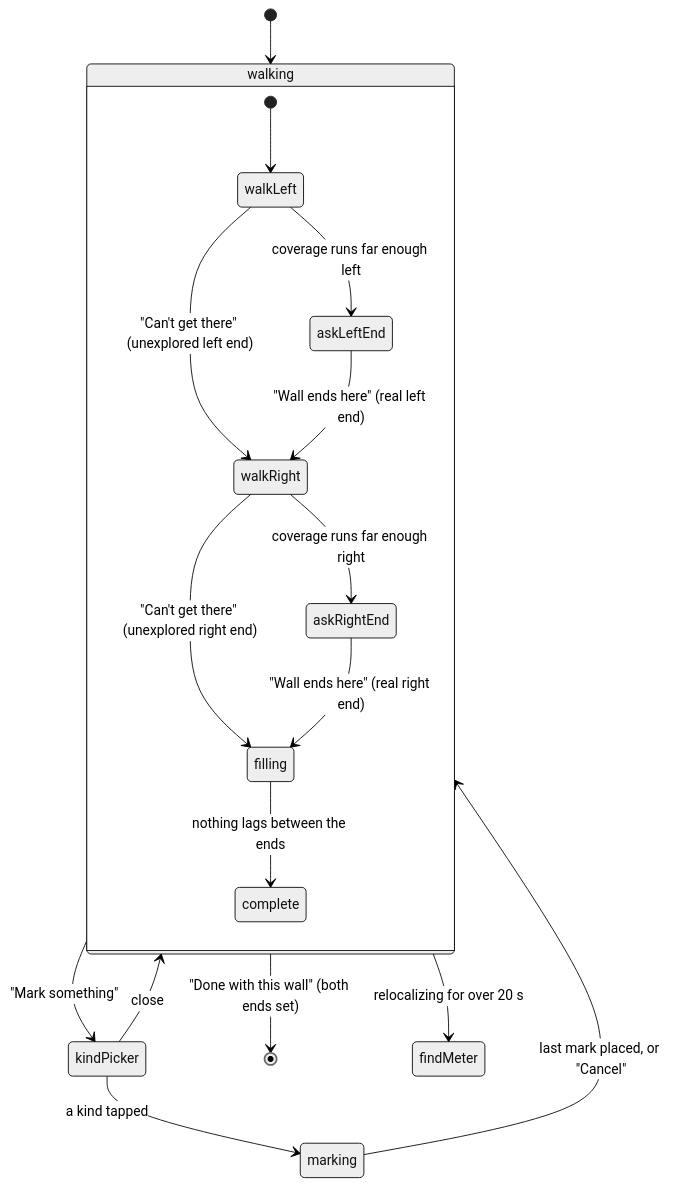
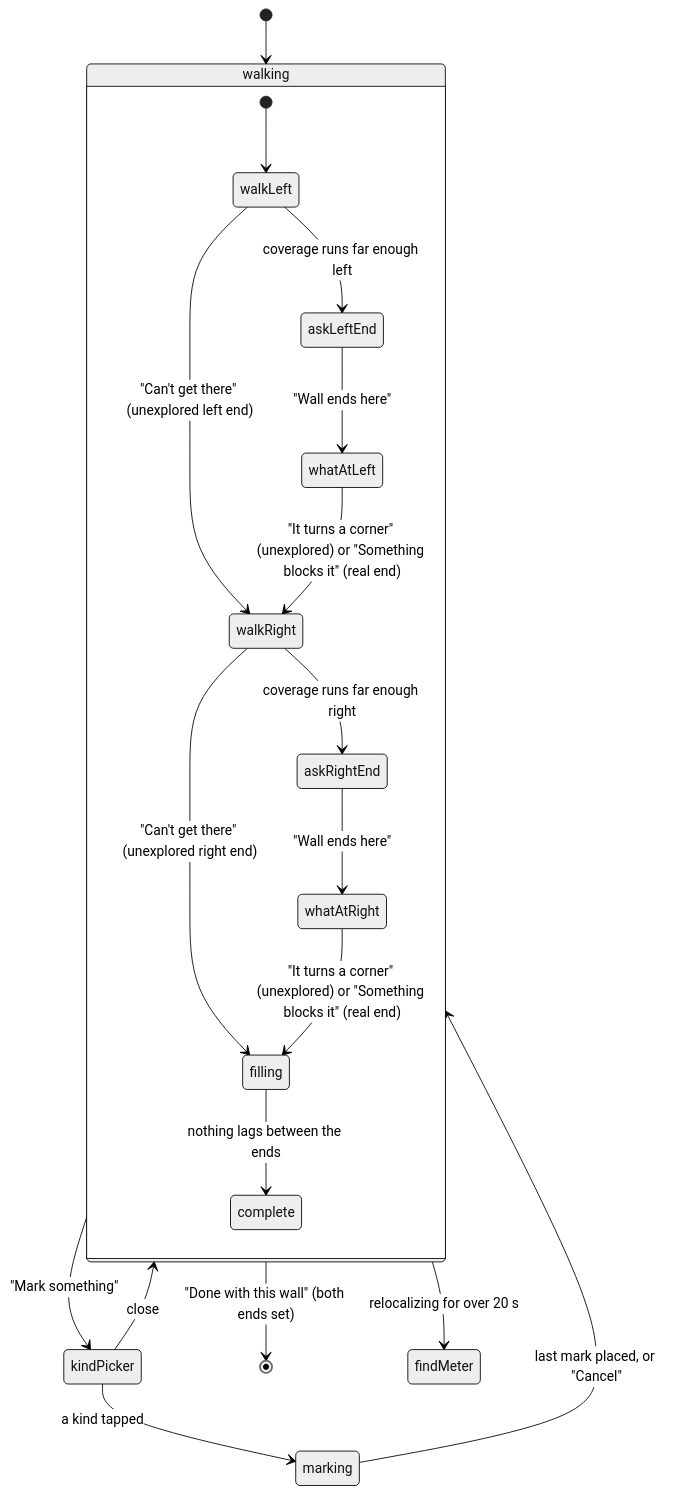
One commit to SamGu-NRX/BaseScanner changed the diagram in verification/product/screens/wall-walk.md. Above: the diagram before and after it, drawn with Mermaid (neutral theme). The commit also changed other lines of this file and 18 other files, not shown here.

````diff
--- a/verification/product/screens/wall-walk.md
+++ b/verification/product/screens/wall-walk.md
@@ -32,20 +34,22 @@
 ```mermaid
 stateDiagram-v2
     [*] --> walking
     state walking {
         [*] --> walkLeft
         walkLeft --> askLeftEnd : coverage runs far enough left
         walkLeft --> walkRight : "Can't get there" (unexplored left end)
-        askLeftEnd --> walkRight : "Wall ends here" (real left end)
+        askLeftEnd --> whatAtLeft : "Wall ends here"
+        whatAtLeft --> walkRight : "It turns a corner" (unexplored) or "Something blocks it" (real end)
         walkRight --> askRightEnd : coverage runs far enough right
         walkRight --> filling : "Can't get there" (unexplored right end)
-        askRightEnd --> filling : "Wall ends here" (real right end)
+        askRightEnd --> whatAtRight : "Wall ends here"
+        whatAtRight --> filling : "It turns a corner" (unexplored) or "Something blocks it" (real end)
         filling --> complete : nothing lags between the ends
     }
     walking --> kindPicker : "Mark something"
     kindPicker --> walking : close
     kindPicker --> marking : a kind tapped
     marking --> walking : last mark placed, or "Cancel"
     walking --> [*] : "Done with this wall" (both ends set)
     walking --> findMeter : relocalizing for over 20 s
 ```
````
